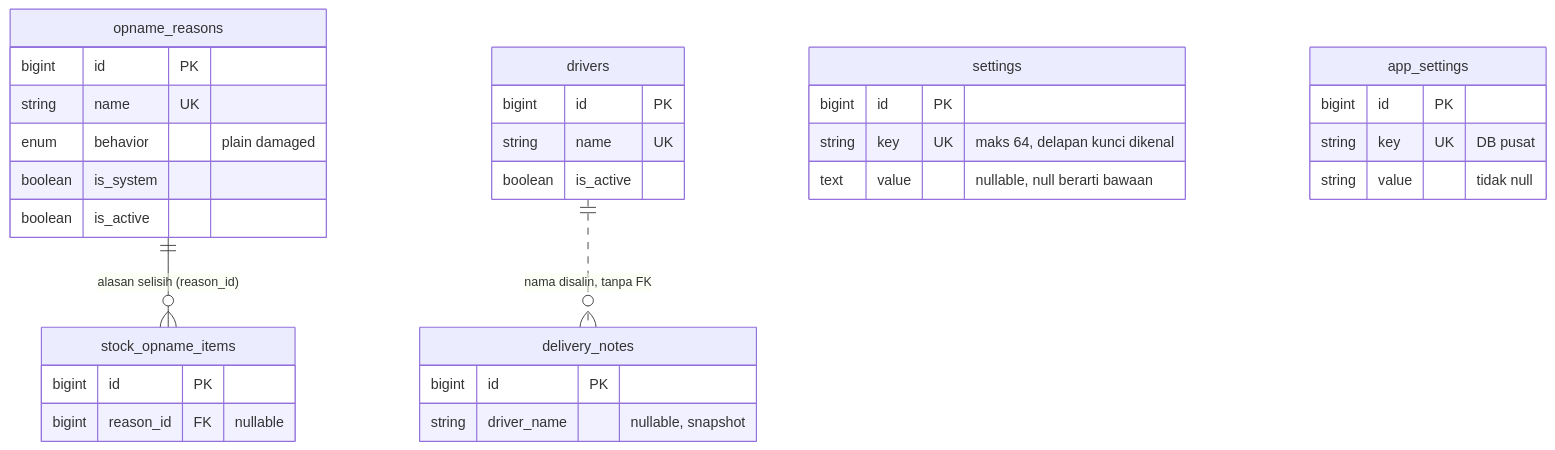
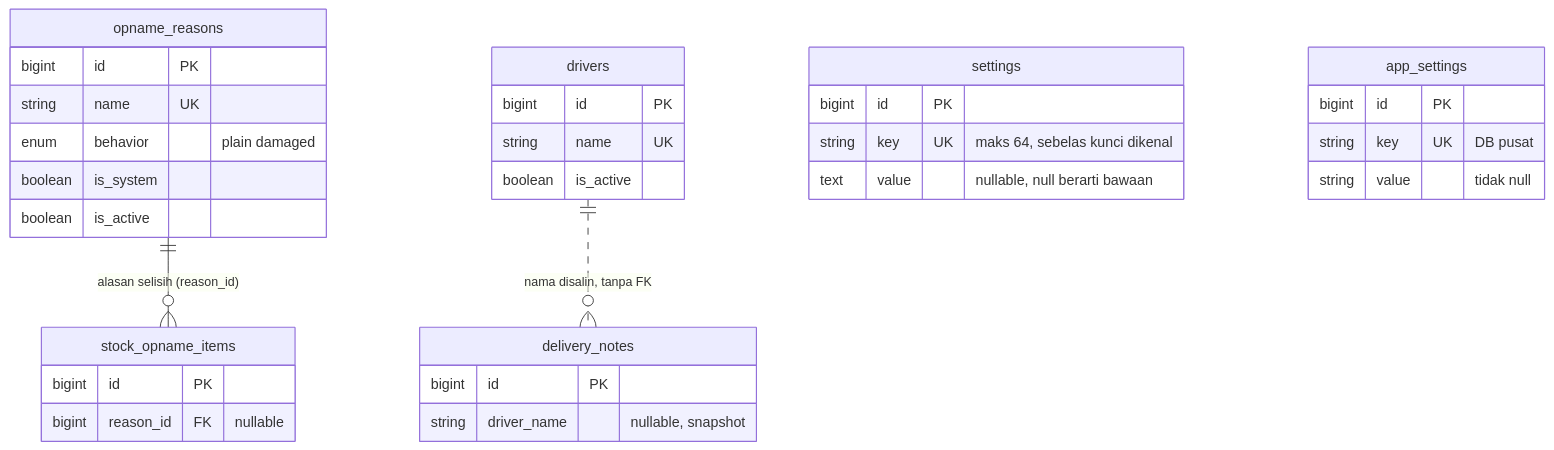
One commit to aliefpraditya/store-management changed the third of 4 diagrams in docs/pengaturan-toko-docs.md. Above: the diagram before and after it, drawn with Mermaid. The commit also changed other lines of this file and 28 other files, not shown here.

````diff
--- a/docs/pengaturan-toko-docs.md
+++ b/docs/pengaturan-toko-docs.md
@@ -139,36 +139,36 @@
 ```mermaid
 erDiagram
     opname_reasons ||--o{ stock_opname_items : "alasan selisih (reason_id)"
     drivers ||..o{ delivery_notes : "nama disalin, tanpa FK"
 
     settings {
         bigint id PK
-        string key UK "maks 64, delapan kunci dikenal"
+        string key UK "maks 64, sebelas kunci dikenal"
         text value "nullable, null berarti bawaan"
     }
     opname_reasons {
         bigint id PK
         string name UK
         enum behavior "plain damaged"
         boolean is_system
         boolean is_active
     }
     drivers {
         bigint id PK
         string name UK
         boolean is_active
     }
     app_settings {
         bigint id PK
         string key UK "DB pusat"
         string value "tidak null"
     }
     stock_opname_items {
         bigint id PK
         bigint reason_id FK "nullable"
     }
     delivery_notes {
         bigint id PK
         string driver_name "nullable, snapshot"
     }
 ```
````
